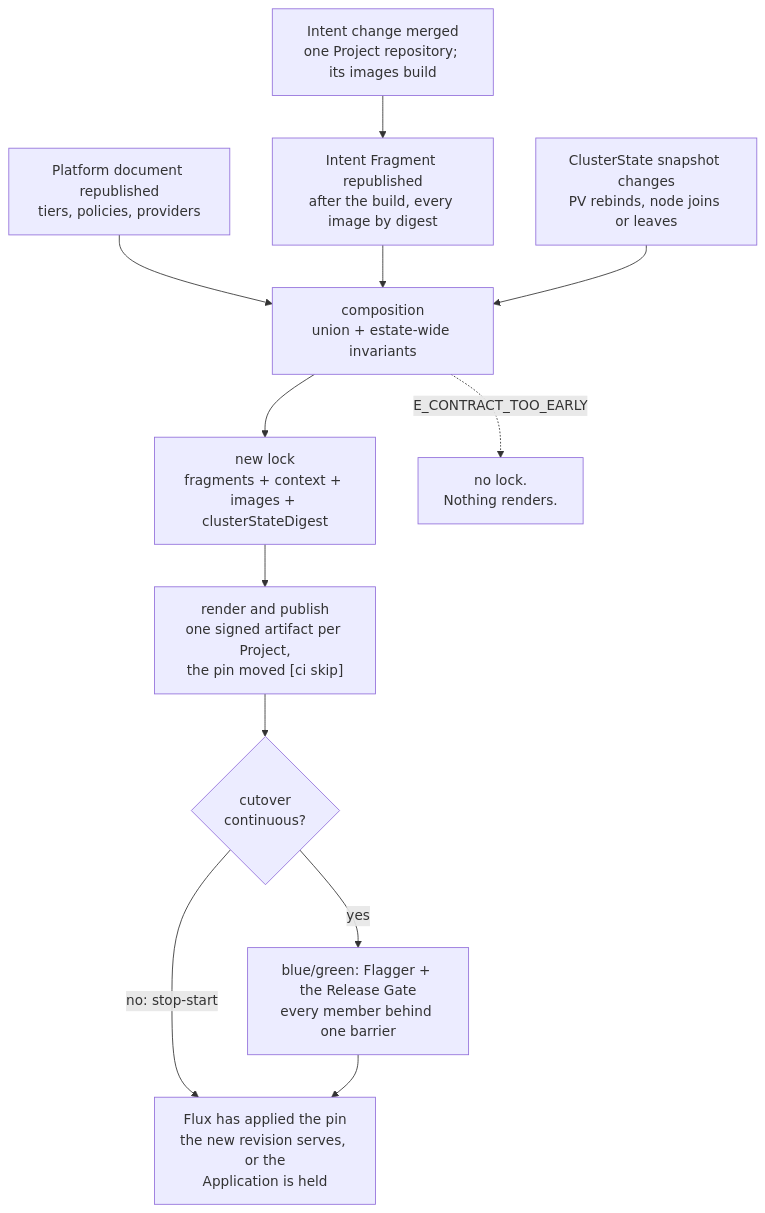
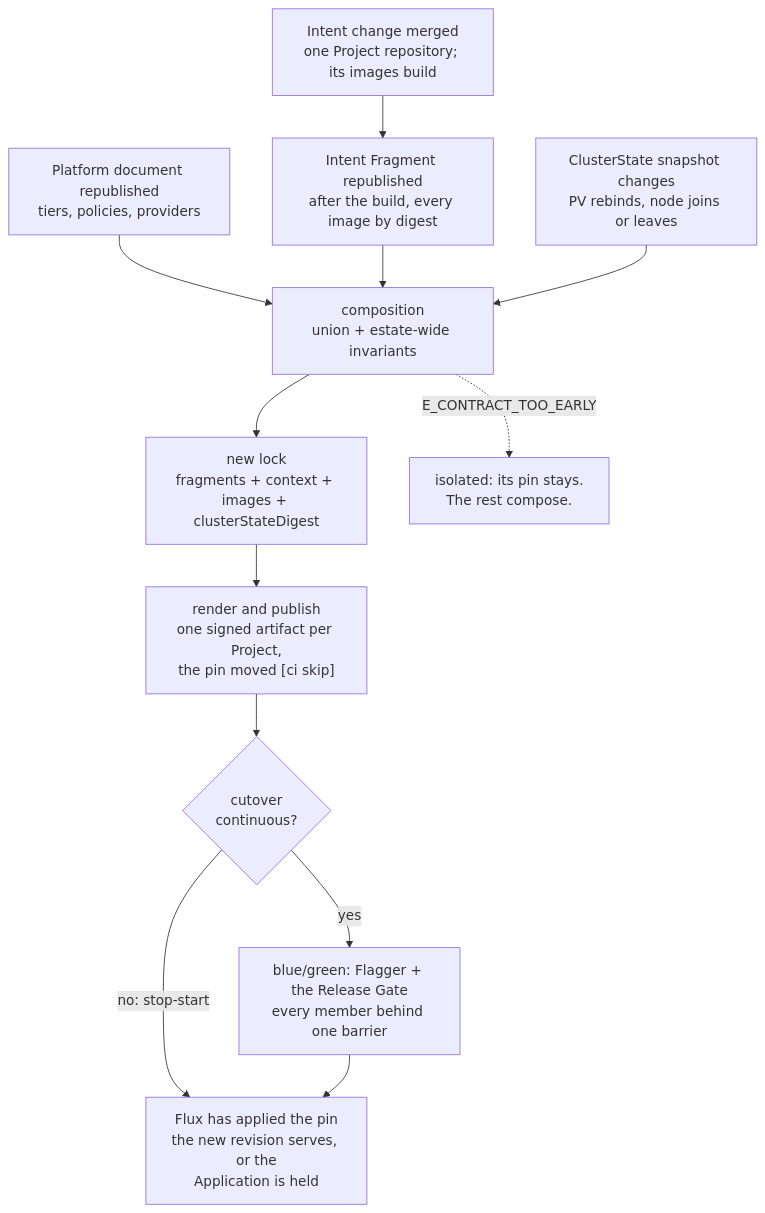
The second of 2 diagrams in spec/v1/50-lifecycle.md (JorisJonkers-dev/deploy-kit), drawn with Mermaid before and after one commit. The commit also changed other lines of this file and 21 other files, not shown here.

````diff
--- a/spec/v1/50-lifecycle.md
+++ b/spec/v1/50-lifecycle.md
@@ -280,14 +279,14 @@
 ```mermaid
 flowchart TB
     I["Intent change merged<br/>one Project repository; its images build"] --> F["Intent Fragment republished<br/>after the build, every image by digest"]
     X["Platform document republished<br/>tiers, policies, providers"] --> C
     F --> C["composition<br/>union + estate-wide invariants"]
     S["ClusterState snapshot changes<br/>PV rebinds, node joins or leaves"] --> C
     C --> L["new lock<br/>fragments + context + images + clusterStateDigest"]
     L --> R["render and publish<br/>one signed artifact per Project,<br/>the pin moved [ci skip]"]
     R --> G{"cutover<br/>continuous?"}
     G -->|"no: stop-start"| D["Flux has applied the pin<br/>the new revision serves, or the<br/>Application is held"]
     G -->|"yes"| U["blue/green: Flagger + the Release Gate<br/>every member behind one barrier"]
     U --> D
-    C -.->|"E_CONTRACT_TOO_EARLY"| B["no lock.<br/>Nothing renders."]
+    C -.->|"E_CONTRACT_TOO_EARLY"| B["isolated: its pin stays.<br/>The rest compose."]
 ```
````
